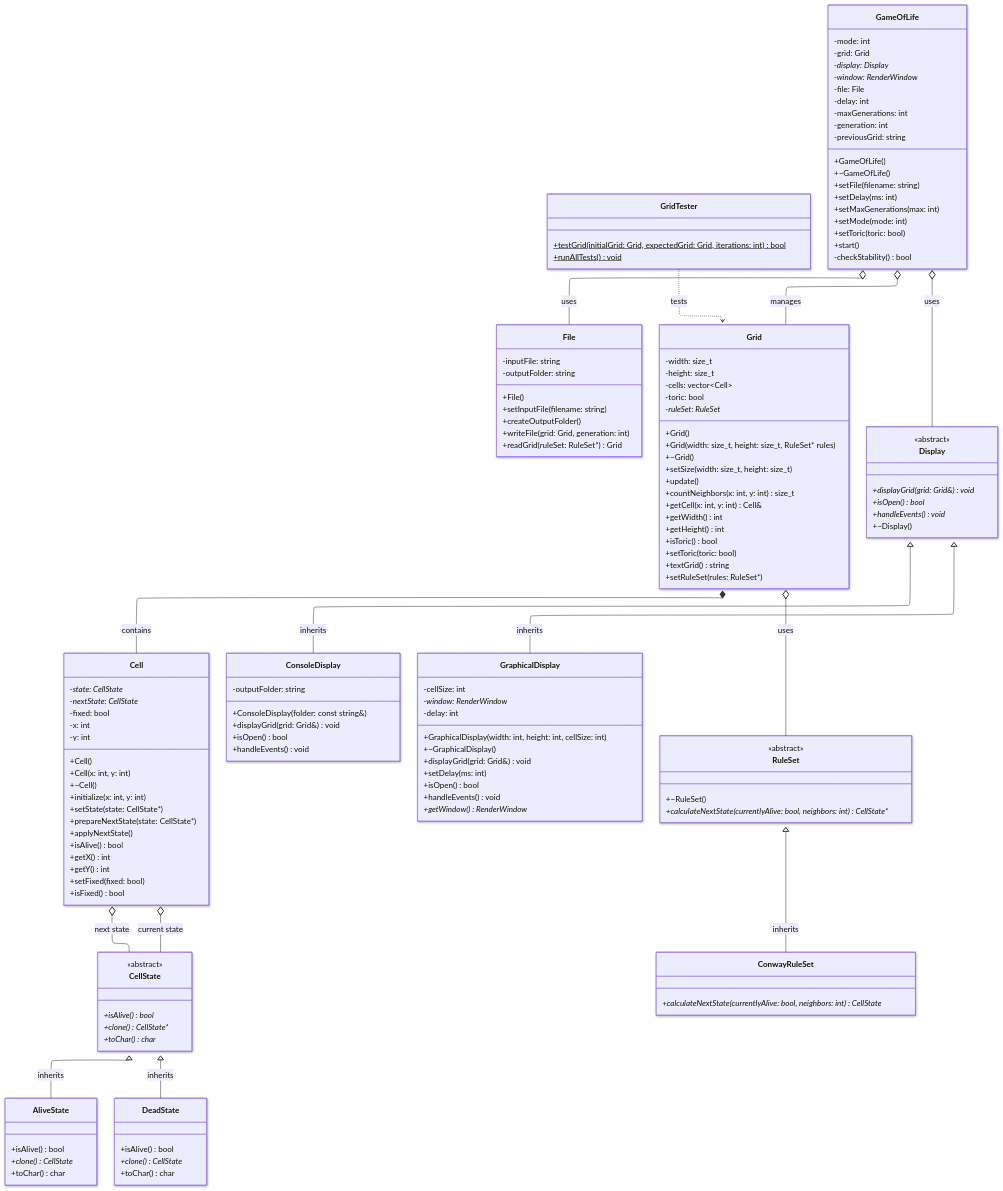
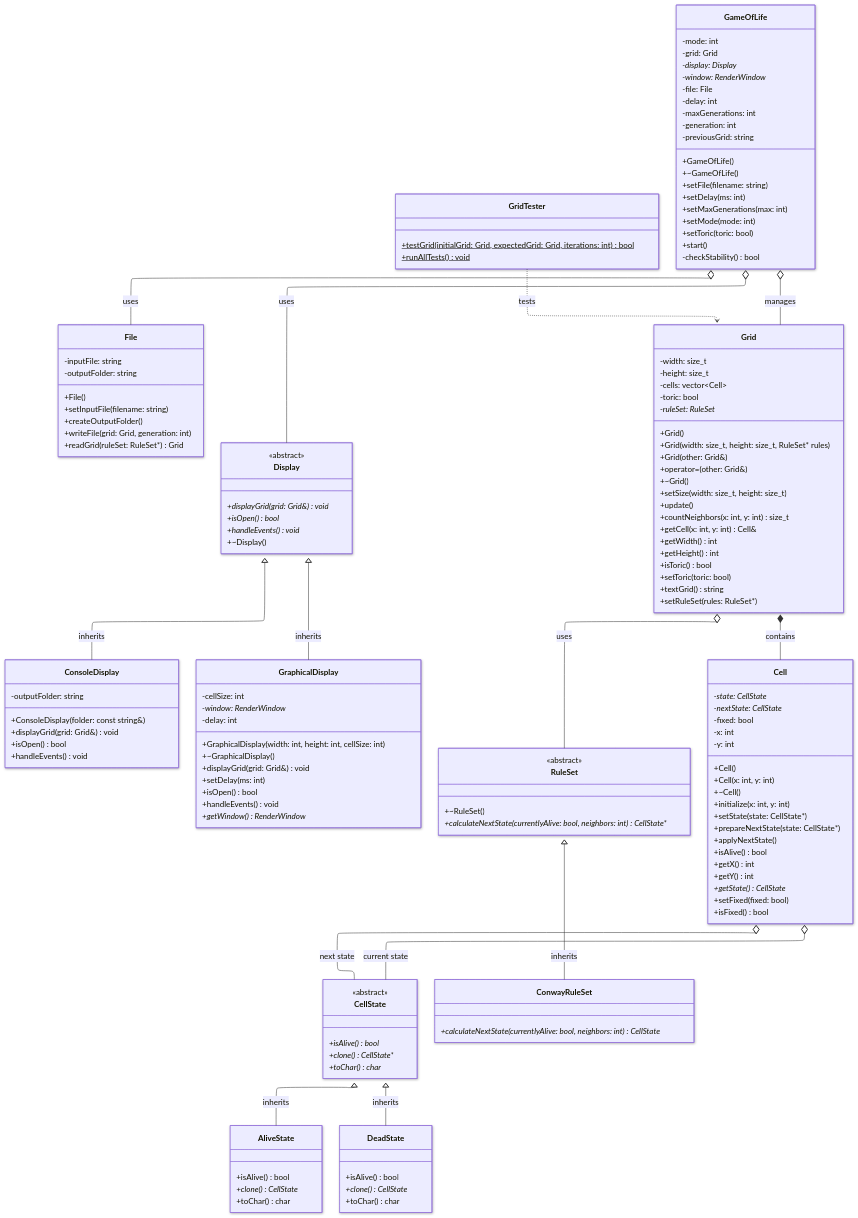
One commit to RomainBeche/GameOfLife changed the diagram in Diagrams/class_diagram.mmd. Above: the diagram before and after it, drawn with Mermaid. The commit also changed 7 other files, not shown here.

```diff
--- a/Diagrams/class_diagram.mmd
+++ b/Diagrams/class_diagram.mmd
@@ -1,157 +1,160 @@
 ---
 config:
   layout: elk
   theme: default
   look: neo
 ---
 classDiagram
 direction TB
-    class Cell {
-	    -state: CellState*
-	    -nextState: CellState*
-	    -fixed: bool
-	    -x: int
-	    -y: int
-	    +Cell()
-	    +Cell(x: int, y: int)
-	    +~Cell()
-	    +initialize(x: int, y: int)
-	    +setState(state: CellState*)
-	    +prepareNextState(state: CellState*)
-	    +applyNextState()
-	    +isAlive() bool
-	    +getX() int
-	    +getY() int
-	    +setFixed(fixed: bool)
-	    +isFixed() bool
-    }
-
     class CellState {
 	    +isAlive() bool*
 	    +clone() CellState**
 	    +toChar() char*
     }
 
     class AliveState {
 	    +isAlive() bool
 	    +clone() CellState*
 	    +toChar() char
     }
 
     class DeadState {
 	    +isAlive() bool
 	    +clone() CellState*
 	    +toChar() char
     }
 
     class ConwayRuleSet {
 	    +calculateNextState(currentlyAlive: bool, neighbors: int) CellState*
     }
 
     class File {
 	    -inputFile: string
 	    -outputFolder: string
 	    +File()
 	    +setInputFile(filename: string)
 	    +createOutputFolder()
 	    +writeFile(grid: Grid, generation: int)
 	    +readGrid(ruleSet: RuleSet*) Grid
     }
 
     class GridTester {
 	    +testGrid(initialGrid: Grid, expectedGrid: Grid, iterations: int) bool$
 	    +runAllTests() void$
-    }
-
-    class Grid {
-	    -width: size_t
-	    -height: size_t
-	    -cells: vector~Cell~
-	    -toric: bool
-	    -ruleSet: RuleSet*
-	    +Grid()
-	    +Grid(width: size_t, height: size_t, RuleSet* rules)
-	    +~Grid()
-	    +setSize(width: size_t, height: size_t)
-	    +update()
-	    +countNeighbors(x: int, y: int) size_t
-	    +getCell(x: int, y: int) Cell&
-	    +getWidth() int
-	    +getHeight() int
-	    +isToric() bool
-	    +setToric(toric: bool)
-	    +textGrid() string
-	    +setRuleSet(rules: RuleSet*)
     }
 
     class ConsoleDisplay {
 	    -outputFolder: string
 	    +ConsoleDisplay(folder: const string&)
 	    +displayGrid(grid: Grid&) void
 	    +isOpen() bool
 	    +handleEvents() void
     }
 
     class GraphicalDisplay {
 	    -cellSize: int
 	    -window: RenderWindow*
 	    -delay: int
 	    +GraphicalDisplay(width: int, height: int, cellSize: int)
 	    +~GraphicalDisplay()
 	    +displayGrid(grid: Grid&) void
 	    +setDelay(ms: int)
 	    +isOpen() bool
 	    +handleEvents() void
 	    +getWindow() RenderWindow*
     }
 
     class Display {
 	    +displayGrid(grid: Grid&) void*
 	    +isOpen() bool*
 	    +handleEvents() void*
 	    +~Display()
     }
 
     class GameOfLife {
 	    -mode: int
 	    -grid: Grid
 	    -display: Display*
 	    -window: RenderWindow*
 	    -file: File
 	    -delay: int
 	    -maxGenerations: int
 	    -generation: int
 	    -previousGrid: string
 	    +GameOfLife()
 	    +~GameOfLife()
 	    +setFile(filename: string)
 	    +setDelay(ms: int)
 	    +setMaxGenerations(max: int)
 	    +setMode(mode: int)
 	    +setToric(toric: bool)
 	    +start()
 	    -checkStability() bool
     }
 
     class RuleSet {
 	    +~RuleSet()
 	    +calculateNextState(currentlyAlive: bool, neighbors: int) CellState**
     }
 
+    class Cell {
+	    -state: CellState*
+	    -nextState: CellState*
+	    -fixed: bool
+	    -x: int
+	    -y: int
+	    +Cell()
+	    +Cell(x: int, y: int)
+	    +~Cell()
+	    +initialize(x: int, y: int)
+	    +setState(state: CellState*)
+	    +prepareNextState(state: CellState*)
+	    +applyNextState()
+	    +isAlive() bool
+	    +getX() int
+	    +getY() int
+	    +getState() CellState*
+	    +setFixed(fixed: bool)
+	    +isFixed() bool
+    }
+
+    class Grid {
+	    -width: size_t
+	    -height: size_t
+	    -cells: vector~Cell~
+	    -toric: bool
+	    -ruleSet: RuleSet*
+	    +Grid()
+	    +Grid(width: size_t, height: size_t, RuleSet* rules)
+	    +Grid(other: Grid&)
+	    +operator=(other: Grid&)
+	    +~Grid()
+	    +setSize(width: size_t, height: size_t)
+	    +update()
+	    +countNeighbors(x: int, y: int) size_t
+	    +getCell(x: int, y: int) Cell&
+	    +getWidth() int
+	    +getHeight() int
+	    +isToric() bool
+	    +setToric(toric: bool)
+	    +textGrid() string
+	    +setRuleSet(rules: RuleSet*)
+    }
+
 	<<abstract>> CellState
 	<<abstract>> Display
 	<<abstract>> RuleSet
 
     GameOfLife o-- Grid : manages
     GameOfLife o-- Display : uses
     GameOfLife o-- File : uses
     Display <|-- ConsoleDisplay : inherits
     Display <|-- GraphicalDisplay : inherits
     Grid *-- Cell : contains
     Grid o-- RuleSet : uses
     Cell o-- CellState : current state
     Cell o-- CellState : next state
     CellState <|-- AliveState : inherits
     CellState <|-- DeadState : inherits
     RuleSet <|-- ConwayRuleSet : inherits
     GridTester ..> Grid : tests
```
